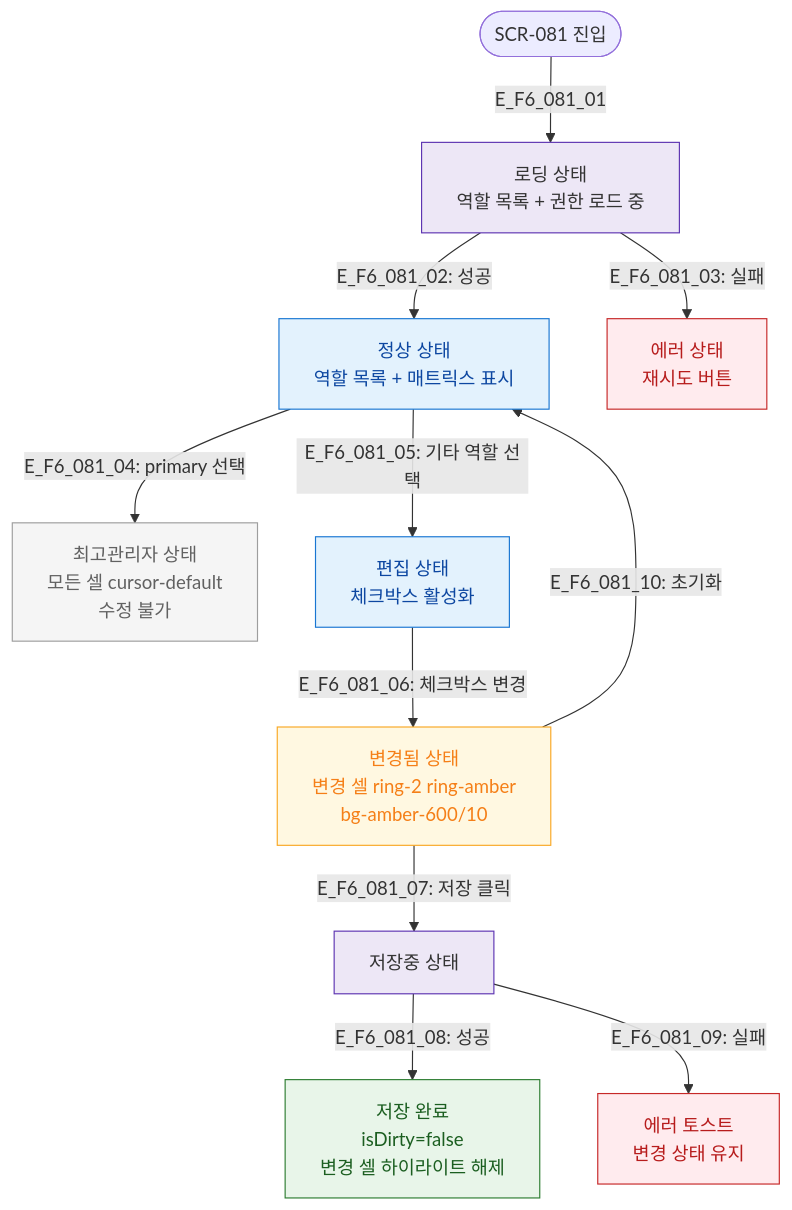
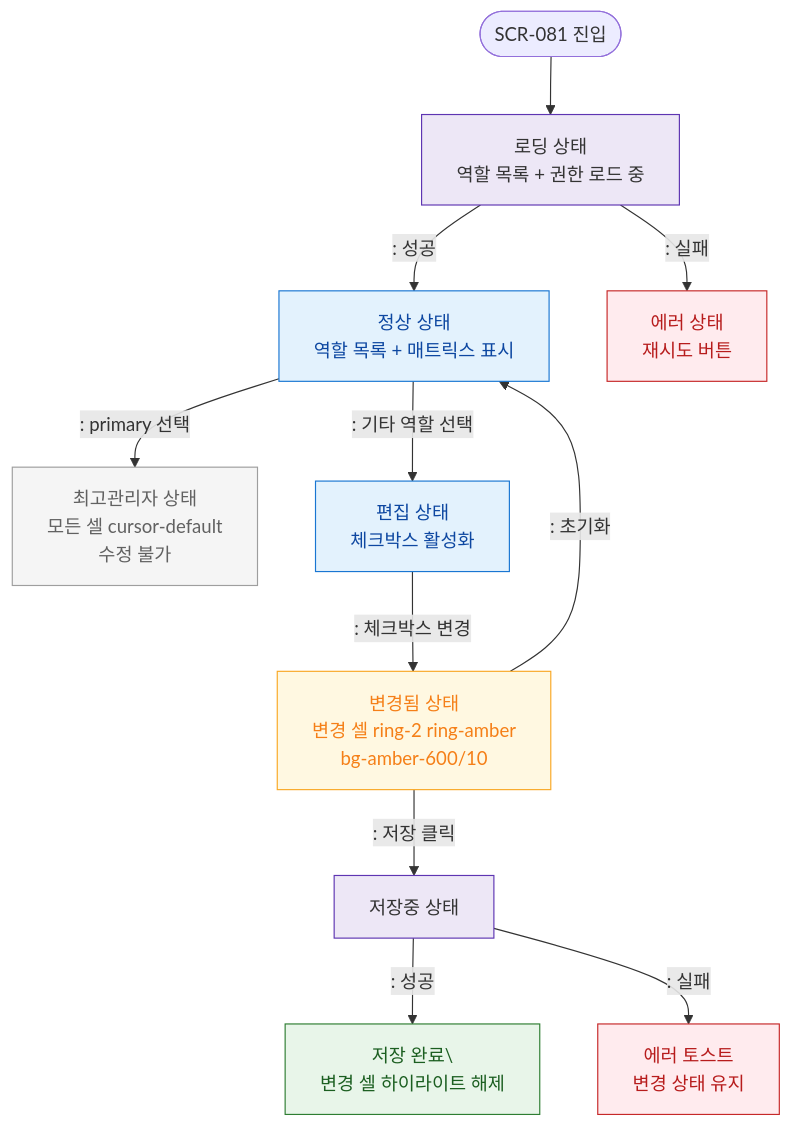
One commit to dev-spogym/admin-pando changed the diagram in docs/다이어그램/D09_설정관리/SCR-081_권한설정/F6_상태별화면.md. Above: the diagram before and after it, drawn with Mermaid. The commit also changed other lines of this file and 1660 other files, not shown here.

First line of the commit message:
다이어그램: 기획자/클라이언트 납품본으로 정리

````diff
--- a/docs/다이어그램/D09_설정관리/SCR-081_권한설정/F6_상태별화면.md
+++ b/docs/다이어그램/D09_설정관리/SCR-081_권한설정/F6_상태별화면.md
@@ -17,29 +15,29 @@
 ```mermaid
 flowchart TD
-    Entry([SCR-081 진입]) -->|E_F6_081_01| Loading[로딩 상태\n역할 목록 + 권한 로드 중]
-    Loading -->|"E_F6_081_02: 성공"| Normal[정상 상태\n역할 목록 + 매트릭스 표시]
-    Loading -->|"E_F6_081_03: 실패"| ErrorState[에러 상태\n재시도 버튼]
+    Entry([SCR-081 진입]) --> Loading[로딩 상태\n역할 목록 + 권한 로드 중]
+    Loading -->|": 성공"|Normal[정상 상태\n역할 목록 + 매트릭스 표시]
+    Loading -->|": 실패"|ErrorState[에러 상태\n재시도 버튼]
 
-    Normal -->|"E_F6_081_04: primary 선택"| PrimaryState[최고관리자 상태\n모든 셀 cursor-default\n수정 불가]
-    Normal -->|"E_F6_081_05: 기타 역할 선택"| EditState[편집 상태\n체크박스 활성화]
+    Normal -->|": primary 선택"|PrimaryState[최고관리자 상태\n모든 셀 cursor-default\n수정 불가]
+    Normal -->|": 기타 역할 선택"|EditState[편집 상태\n체크박스 활성화]
 
-    EditState -->|"E_F6_081_06: 체크박스 변경"| ChangedState[변경됨 상태\n변경 셀 ring-2 ring-amber\nbg-amber-600/10]
-    ChangedState -->|"E_F6_081_07: 저장 클릭"| SavingState[저장중 상태]
-    SavingState -->|"E_F6_081_08: 성공"| SavedState[저장 완료\nisDirty=false\n변경 셀 하이라이트 해제]
-    SavingState -->|"E_F6_081_09: 실패"| ErrorToast[에러 토스트\n변경 상태 유지]
+    EditState -->|": 체크박스 변경"|ChangedState[변경됨 상태\n변경 셀 ring-2 ring-amber\nbg-amber-600/10]
+    ChangedState -->|": 저장 클릭"|SavingState[저장중 상태]
+    SavingState -->|": 성공"|SavedState[저장 완료\\n변경 셀 하이라이트 해제]
+    SavingState -->|": 실패"|ErrorToast[에러 토스트\n변경 상태 유지]
 
-    ChangedState -->|"E_F6_081_10: 초기화"| Normal
+    ChangedState -->|": 초기화"|Normal
 
     classDef screen fill:#E3F2FD,stroke:#1976D2,color:#0D47A1
     classDef error fill:#FFEBEE,stroke:#C62828,color:#B71C1C
     classDef success fill:#E8F5E9,stroke:#2E7D32,color:#1B5E20
     classDef warning fill:#FFF8E1,stroke:#F9A825,color:#F57F17
     classDef system fill:#EDE7F6,stroke:#5E35B2
     classDef rbacBlocked fill:#F5F5F5,stroke:#9E9E9E,color:#616161
     class Normal,EditState screen
     class ErrorState,ErrorToast error
     class SavedState success
     class ChangedState warning
     class Loading,SavingState system
     class PrimaryState rbacBlocked
 ```
````
